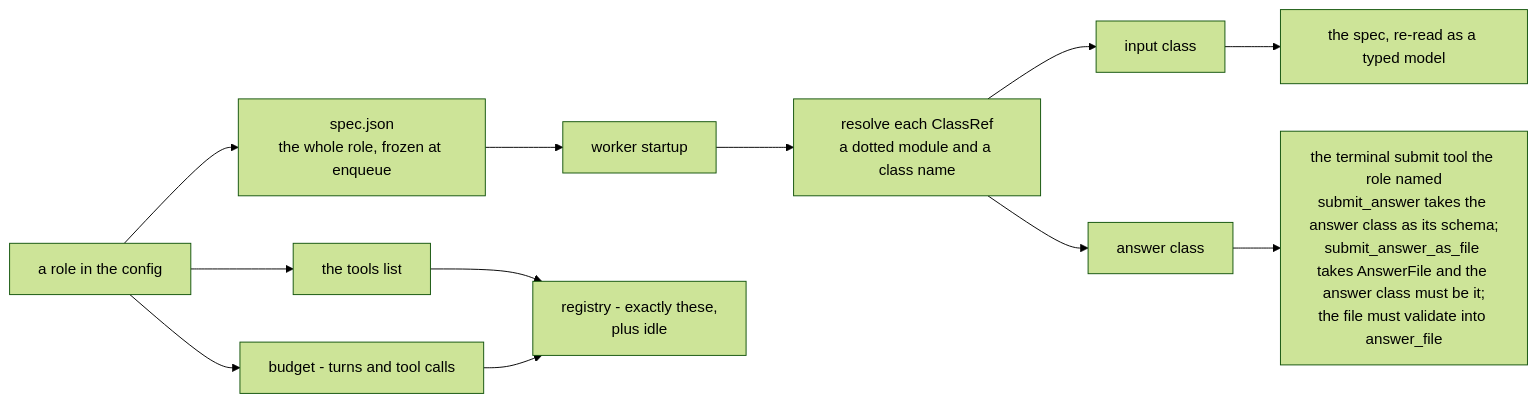
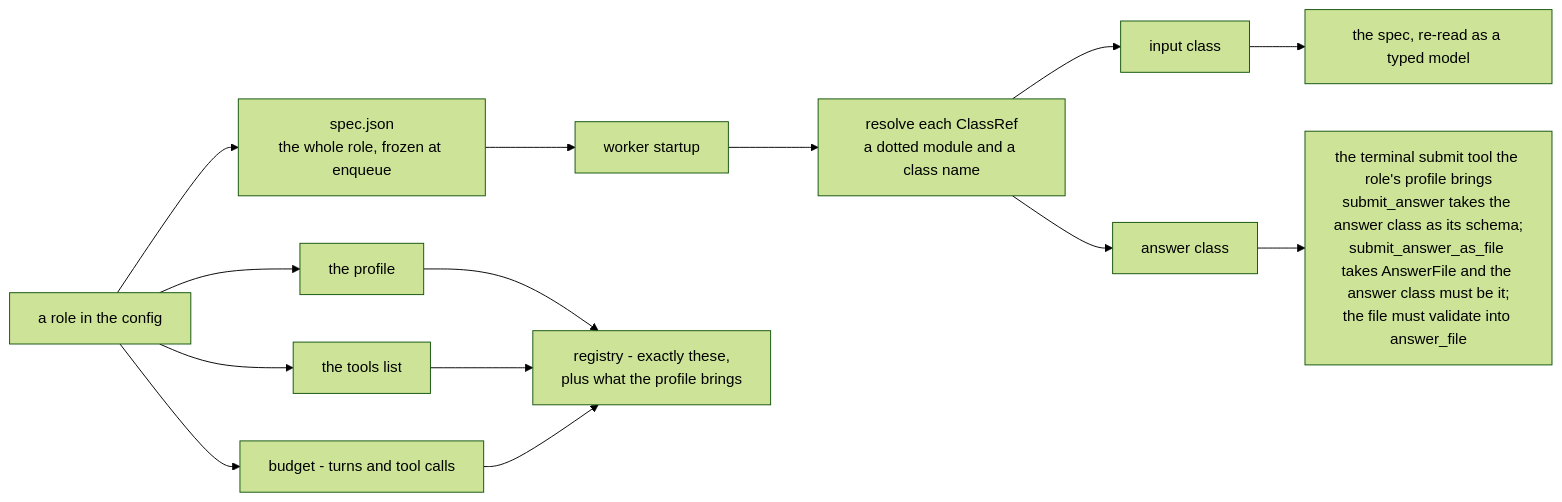
One commit to avishek-sen-gupta/ancalagon changed the third of 8 diagrams in README.md. Above: the diagram before and after it, drawn with Mermaid (forest theme). The commit also changed other lines of this file and 14 other files, not shown here.

First line of the commit message:
Stop asking a role to name the tool its profile brings

````diff
--- a/README.md
+++ b/README.md
@@ -280,14 +281,16 @@
 ```mermaid
 flowchart LR
     role["a role in the config"] --> spec["spec.json<br/>the whole role, frozen at enqueue"]
     spec --> worker["worker startup"]
     worker --> resolve["resolve each ClassRef<br/>a dotted module and a class name"]
     resolve --> inc["input class"]
     resolve --> outc["answer class"]
     inc --> agentspec["the spec, re-read as a typed model"]
-    outc --> submit["the terminal submit tool the role named<br/>submit_answer takes the answer class as its schema;<br/>submit_answer_as_file takes AnswerFile and the answer class must be it;<br/>the file must validate into answer_file"]
+    outc --> submit["the terminal submit tool the role's profile brings<br/>submit_answer takes the answer class as its schema;<br/>submit_answer_as_file takes AnswerFile and the answer class must be it;<br/>the file must validate into answer_file"]
+    role --> prof["the profile"]
+    prof --> registry
     role --> tl["the tools list"]
-    tl --> registry["registry - exactly these,<br/>plus idle"]
+    tl --> registry["registry - exactly these,<br/>plus what the profile brings"]
     role --> b["budget - turns and tool calls"]
     b --> registry
 ```
````
